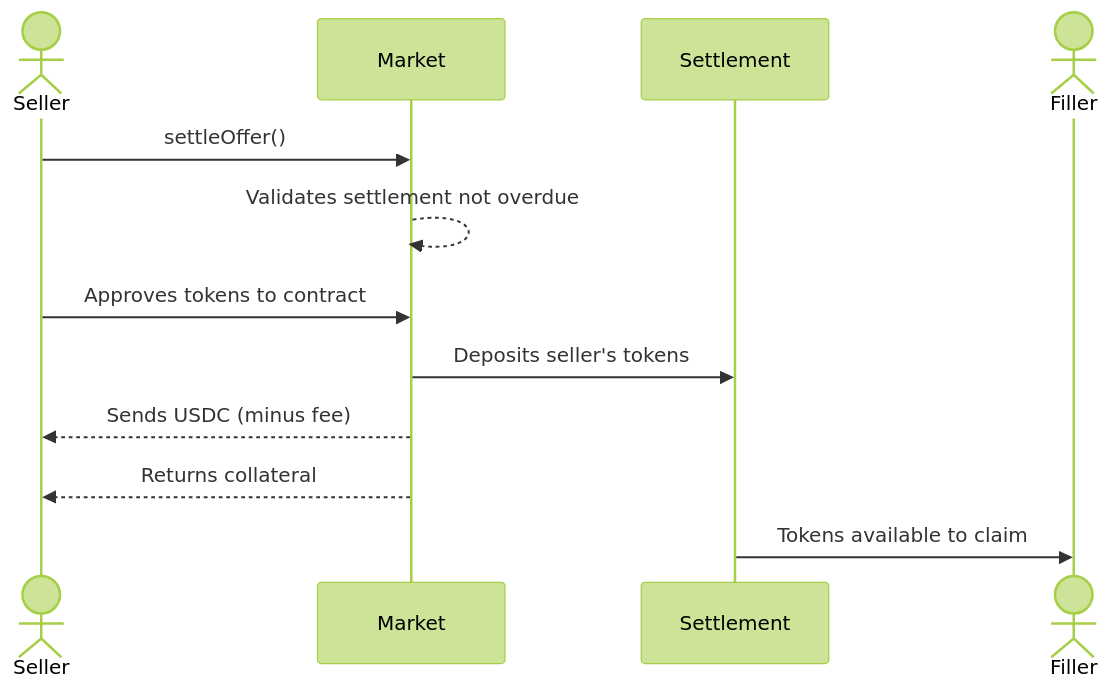
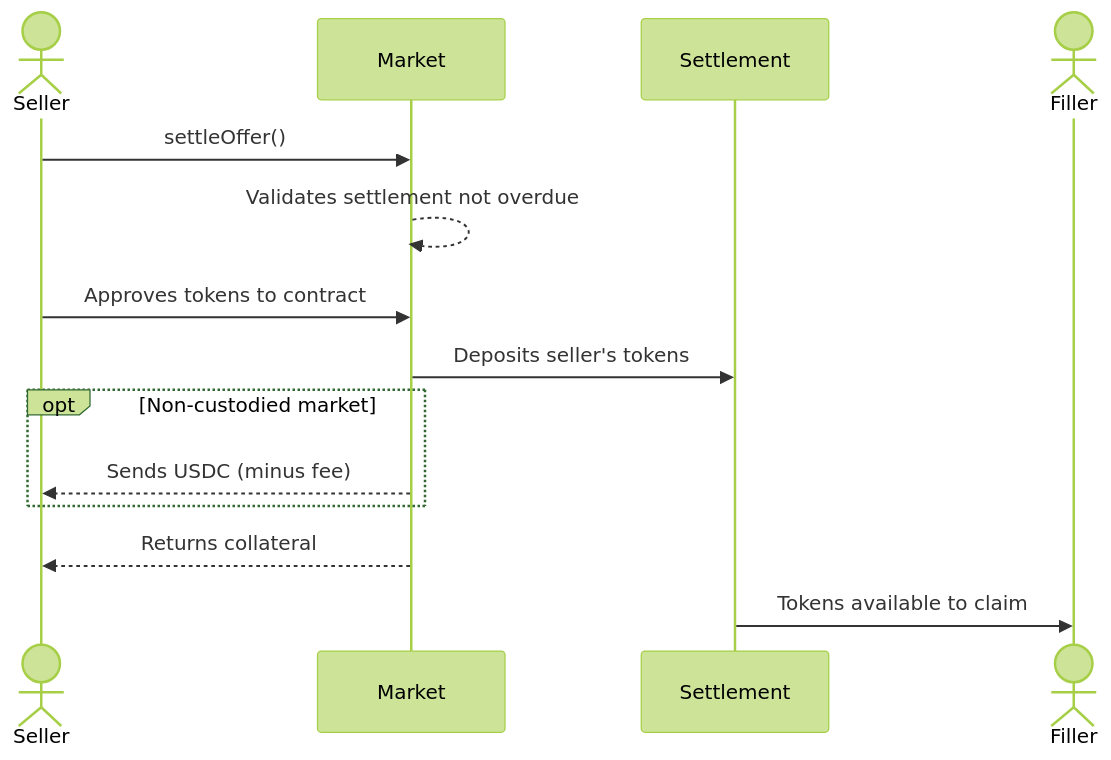
Before and after one commit to 0xPortalLabs/docs: the fourth of 6 diagrams in architecture/market-trading.mdx, drawn with Mermaid (forest theme). The commit also changed other lines of this file and 2 other files, not shown here.

````diff
--- a/architecture/market-trading.mdx
+++ b/architecture/market-trading.mdx
@@ -179,15 +179,17 @@
 ```mermaid
 sequenceDiagram
   actor Seller
   participant Market
   participant Settlement
   actor Filler
 
   Seller->>Market: settleOffer()
   Market-->>Market: Validates settlement not overdue
   Seller->>Market: Approves tokens to contract
   Market->>Settlement: Deposits seller's tokens
-  Market-->>Seller: Sends USDC (minus fee)
+  opt Non-custodied market
+    Market-->>Seller: Sends USDC (minus fee)
+  end
   Market-->>Seller: Returns collateral
   Settlement->>Filler: Tokens available to claim
 ```
````
